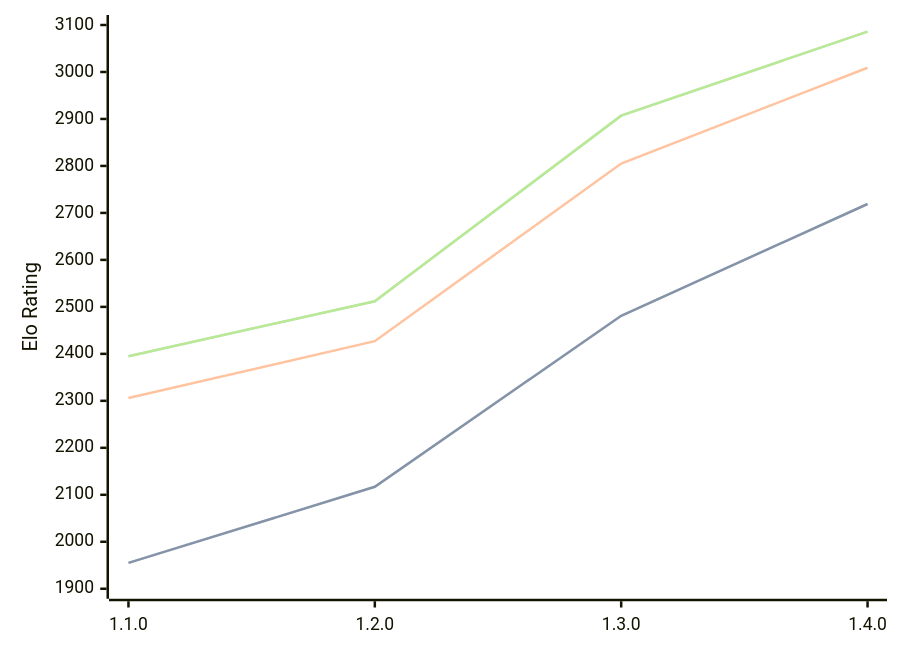
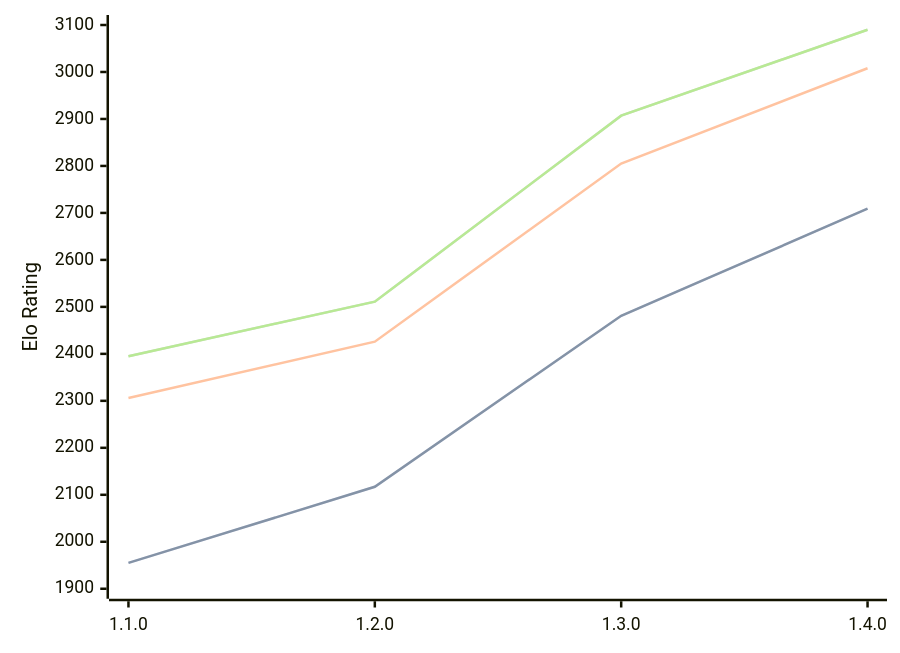
One commit to computer-chess-index/cci changed the first of 3 diagrams in engines/Gyatso.md. Above: the diagram before and after it, drawn with Mermaid. The commit also changed other lines of this file, not shown here.

Commit message:
Update CCI Ratings (ELO VLTC) - 2026-06-17

````diff
--- a/engines/Gyatso.md
+++ b/engines/Gyatso.md
@@ -35,11 +35,11 @@
 ```mermaid
 %%{init: {"theme":"base","themeVariables":{"seriesColors:['#a3a3a3','#222221','#faa371']}}}%%
 xychart-beta
   x-axis ["1.1.0", "1.2.0", "1.3.0", "1.4.0"]
   y-axis "Elo Rating" 1900 --> 3100
-  line "STC (8.0+0.08s)" [1955, 2117, 2481, 2719]
-  line "STC (8.0+0.08s)" [1955, 2117, 2481, 2719]
-  line "LTC (60.0+0.60s)" [2306, 2427, 2805, 3009]
-  line "VLTC (2m24s+1.12s)" [2395, 2512, 2907, 3086]
-  line "VLTC (2m24s+1.12s)" [2395, 2512, 2907, 3086]
+  line "STC (8.0+0.08s)" [1955, 2117, 2481, 2709]
+  line "STC (8.0+0.08s)" [1955, 2117, 2481, 2709]
+  line "LTC (60.0+0.60s)" [2306, 2426, 2805, 3008]
+  line "VLTC (2m24s+1.12s)" [2395, 2511, 2907, 3090]
+  line "VLTC (2m24s+1.12s)" [2395, 2511, 2907, 3090]
 ```
````
